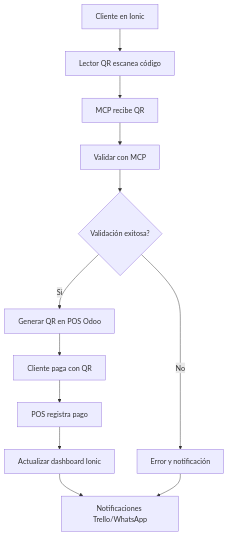
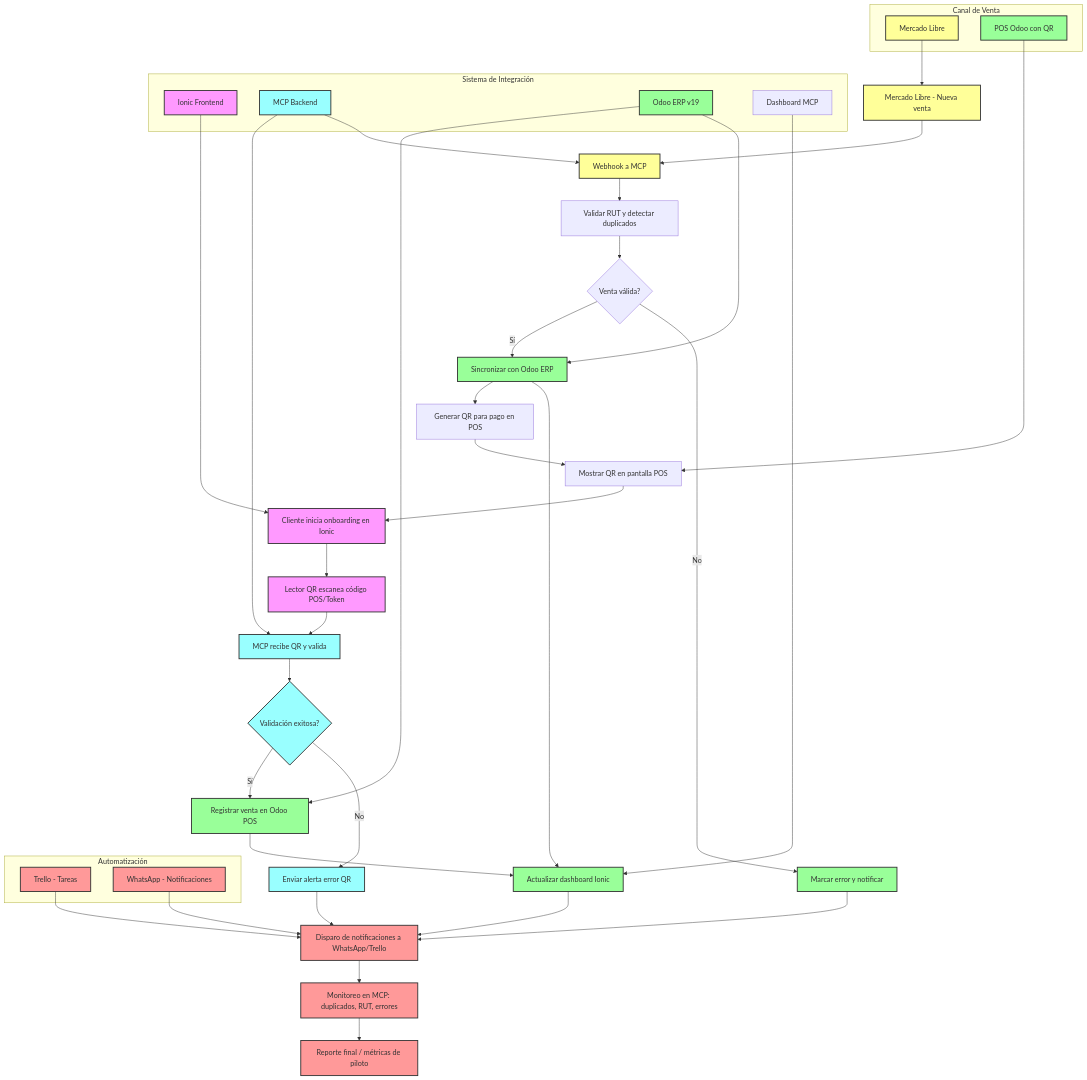
The diagram in TODO.md (SmarterCL/smarter.ionic), drawn with Mermaid before and after one commit. The commit also changed other lines of this file, not shown here.

Commit message:
docs: actualizar flujo de arquitectura con integración de Mercado Libre

````diff
--- a/TODO.md
+++ b/TODO.md
@@ -28,14 +35,71 @@
 ```mermaid
 flowchart TD
-    A[Cliente en Ionic] --> B[Lector QR escanea código]
-    B --> C[MCP recibe QR]
-    C --> D[Validar con MCP]
-    D --> E{Validación exitosa?}
-    E -->|Sí| F[Generar QR en POS Odoo]
-    E -->|No| G[Error y notificación]
-    F --> H[Cliente paga con QR]
-    H --> I[POS registra pago]
-    I --> J[Actualizar dashboard Ionic]
-    J --> K[Notificaciones Trello/WhatsApp]
-    G --> K
+    %% Flujo principal
+    A[Cliente inicia onboarding en Ionic] --> B[Lector QR escanea código POS/Token]
+    B --> C[MCP recibe QR y valida]
+    C --> D{Validación exitosa?}
+    D -- Sí --> E[Registrar venta en Odoo POS]
+    D -- No --> F[Enviar alerta error QR]
+    E --> G[Actualizar dashboard Ionic]
+    G --> H[Disparo de notificaciones a WhatsApp/Trello]
+    H --> I[Monitoreo en MCP: duplicados, RUT, errores]
+    I --> J[Reporte final / métricas de piloto]
+    F --> H
+
+    %% Extensión Mercado Libre
+    K[Mercado Libre - Nueva venta] --> L[Webhook a MCP]
+    L --> M[Validar RUT y detectar duplicados]
+    M --> N{Venta válida?}
+    N -- Sí --> O[Sincronizar con Odoo ERP]
+    N -- No --> P[Marcar error y notificar]
+    O --> Q[Generar QR para pago en POS]
+    Q --> R[Mostrar QR en pantalla POS]
+    R --> A
+
+    %% Conexión con dashboard
+    O --> G
+    P --> H
+
+    %% Subgraphs de componentes
+    subgraph "Sistema de Integración"
+        S1[Ionic Frontend]
+        S2[MCP Backend]
+        S3[Odoo ERP v19]
+        S4[Dashboard MCP]
+    end
+
+    subgraph "Canal de Venta"
+        S5[Mercado Libre]
+        S6[POS Odoo con QR]
+    end
+
+    subgraph "Automatización"
+        S7[Trello - Tareas]
+        S8[WhatsApp - Notificaciones]
+    end
+
+    %% Conexiones de componentes
+    S1 --> A
+    S2 --> C
+    S2 --> L
+    S3 --> E
+    S3 --> O
+    S4 --> G
+    S5 --> K
+    S6 --> R
+    S7 --> H
+    S8 --> H
+
+    %% Estilos
+    classDef ionic fill:#f9f,stroke:#333,stroke-width:2px;
+    classDef mcp fill:#9ff,stroke:#333,stroke-width:2px;
+    classDef odoo fill:#9f9,stroke:#333,stroke-width:2px;
+    classDef ml fill:#ff9,stroke:#333,stroke-width:2px;
+    classDef automation fill:#f99,stroke:#333,stroke-width:2px;
+
+    class A,B,S1 ionic;
+    class C,D,E,F,S2 mcp;
+    class E,G,O,P,S3,S6 odoo;
+    class K,L,S5 ml;
+    class H,I,J,S7,S8 automation;
 ```
````
